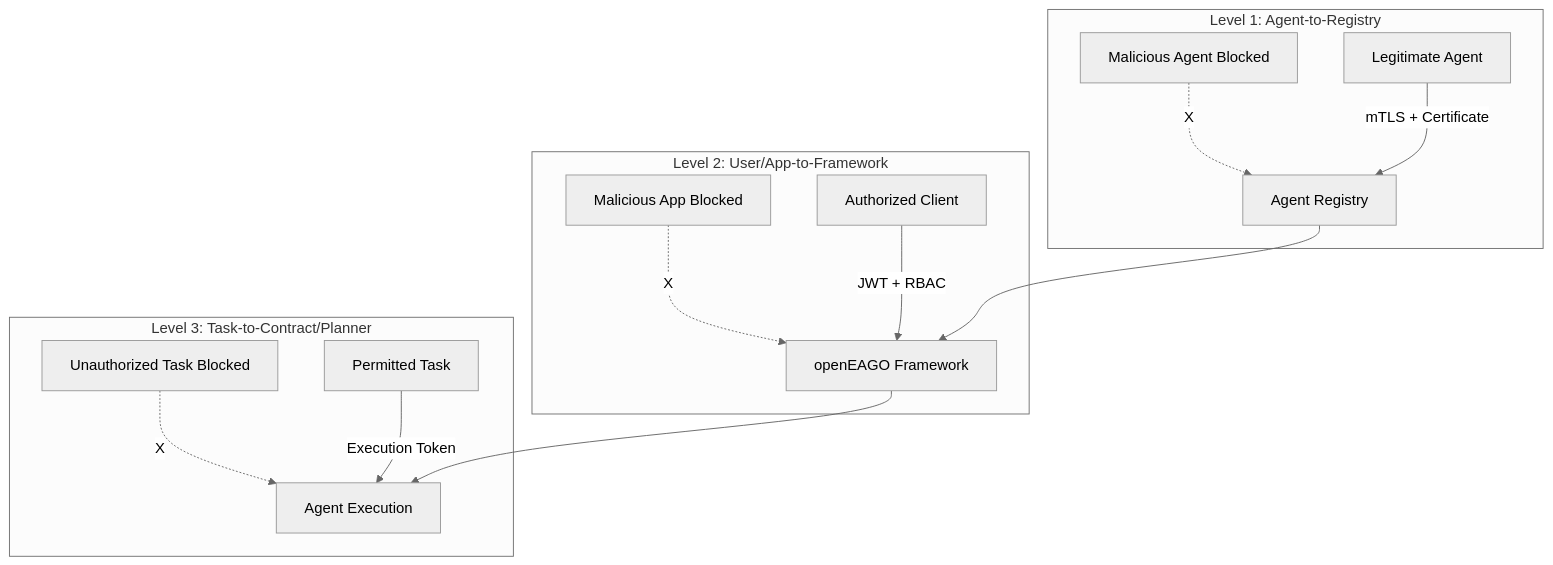
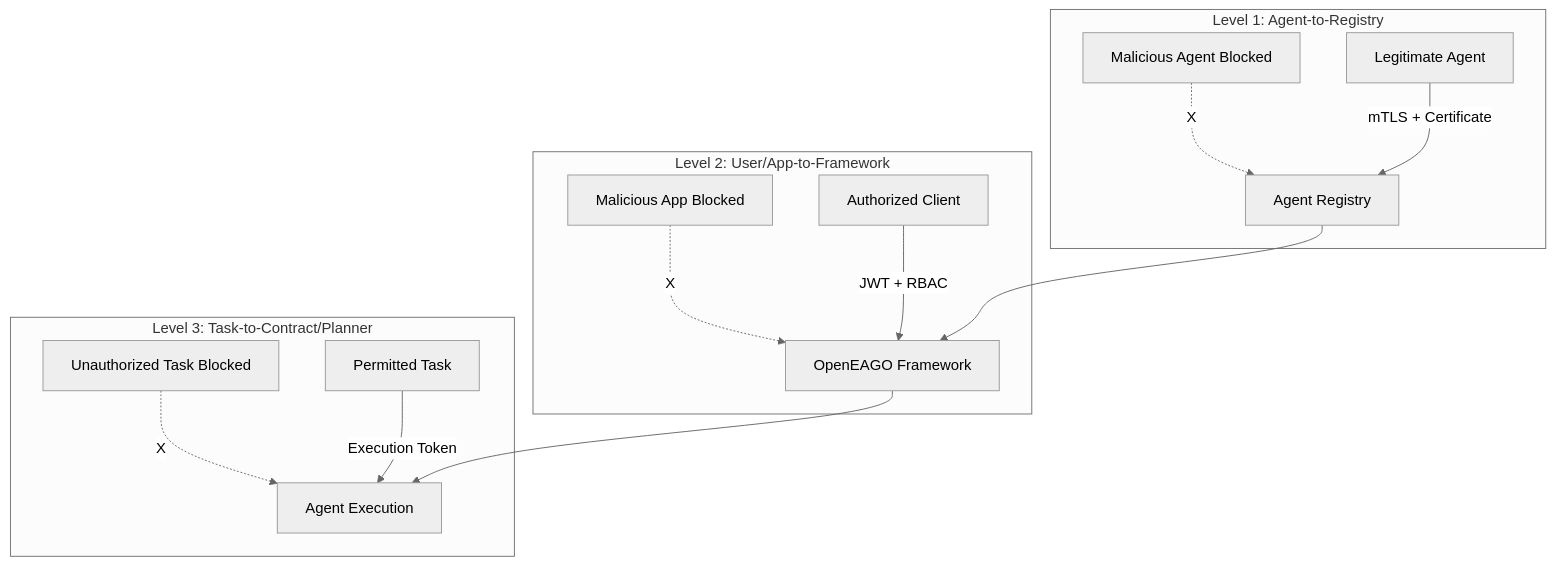
The first of 2 diagrams in docs/overview/identity.md (finos-labs/open-eago), drawn with Mermaid (neutral theme) before and after one commit. The commit also changed other lines of this file and 42 other files, not shown here.

````diff
--- a/docs/overview/identity.md
+++ b/docs/overview/identity.md
@@ -45,20 +45,20 @@
 ```mermaid
 flowchart TD
     subgraph "Level 1: Agent-to-Registry"
         A[Malicious Agent Blocked] -.->|X| B[Agent Registry]
         C[Legitimate Agent] -->|mTLS + Certificate| B
     end
     
     subgraph "Level 2: User/App-to-Framework" 
-        D[Malicious App Blocked] -.->|X| E[openEAGO Framework]
+        D[Malicious App Blocked] -.->|X| E[OpenEAGO Framework]
         F[Authorized Client] -->|JWT + RBAC| E
     end
     
     subgraph "Level 3: Task-to-Contract/Planner"
         G[Unauthorized Task Blocked] -.->|X| H[Agent Execution]
         I[Permitted Task] -->|Execution Token| H
     end
     
     B --> E
     E --> H
 ```
````
